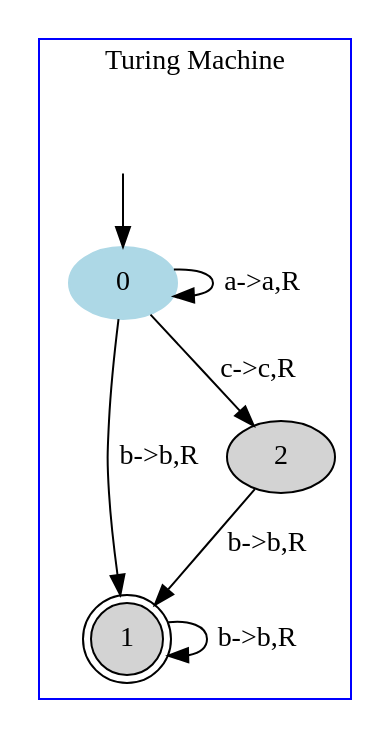
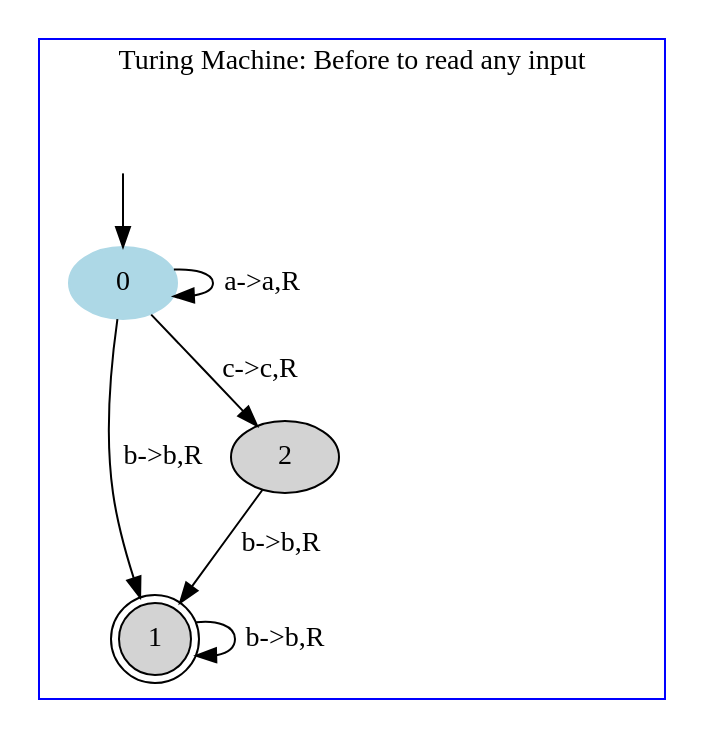
The diagram in TM/images/file1.dot (danielScLima/turing_machine), drawn with Graphviz before and after one commit. The commit also changed 7 other files, not shown here.

```diff
--- a/TM/images/file1.dot
+++ b/TM/images/file1.dot
@@ -1,17 +1,17 @@
 digraph G {
 	subgraph cluster_1 {
 		node [style=filled];
-		label = "Turing Machine"
+		label = "Turing Machine: Before to read any input"
 		color=blue;
 
 		0 [color="lightblue"];
 		1 [shape="doublecircle"];
 		2;
 		0->0[label="a->a,R"];
 		0->1[label="b->b,R"];
 		0->2[label="c->c,R"];
 		1->1[label="b->b,R"];
 		2->1[label="b->b,R"];
 x [color=white, label=""];		x->0	}
 
 }
```
